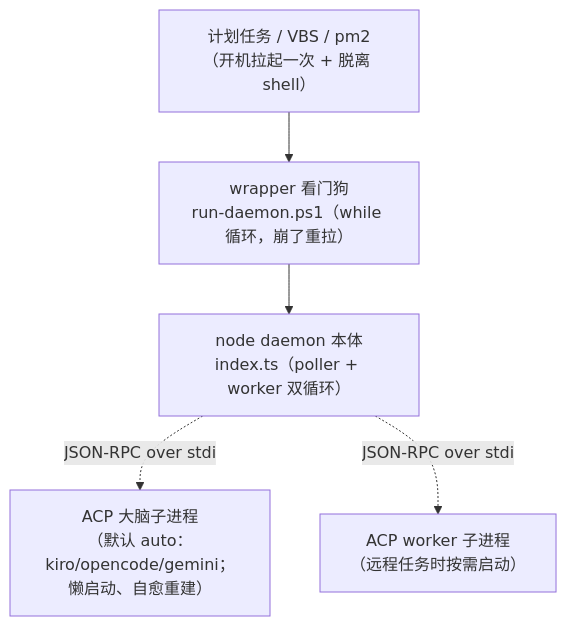
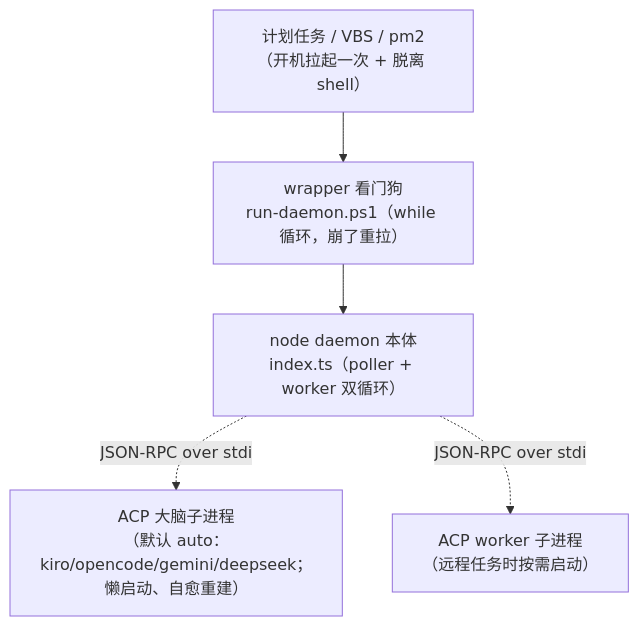
The third of 6 diagrams in docs/repowiki/02-系统架构.md (imwangpan/WeMind), drawn with Mermaid before and after one commit. The commit also changed other lines of this file and 21 other files, not shown here.

````diff
--- a/docs/repowiki/02-系统架构.md
+++ b/docs/repowiki/02-系统架构.md
@@ -88,13 +88,13 @@
 ```mermaid
 graph TD
     TRIGGER["计划任务 / VBS / pm2<br/>（开机拉起一次 + 脱离 shell）"]
     WRAPPER["wrapper 看门狗<br/>run-daemon.ps1（while 循环，崩了重拉）"]
     NODE["node daemon 本体<br/>index.ts（poller + worker 双循环）"]
-    BRAINP["ACP 大脑子进程<br/>（默认 auto：kiro/opencode/gemini；懒启动、自愈重建）"]
+    BRAINP["ACP 大脑子进程<br/>（默认 auto：kiro/opencode/gemini/deepseek；懒启动、自愈重建）"]
     WORKERP["ACP worker 子进程<br/>（远程任务时按需启动）"]
 
     TRIGGER --> WRAPPER
     WRAPPER --> NODE
     NODE -.JSON-RPC over stdio.-> BRAINP
     NODE -.JSON-RPC over stdio.-> WORKERP
 ```
````
